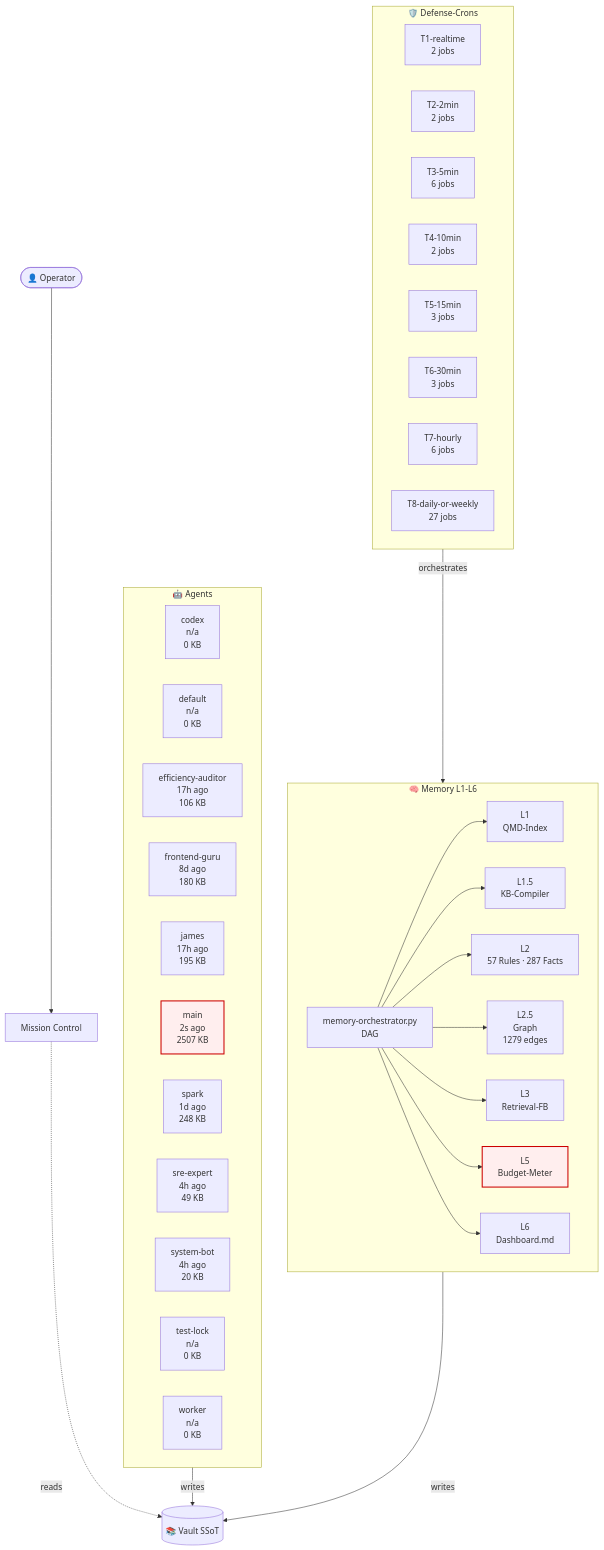
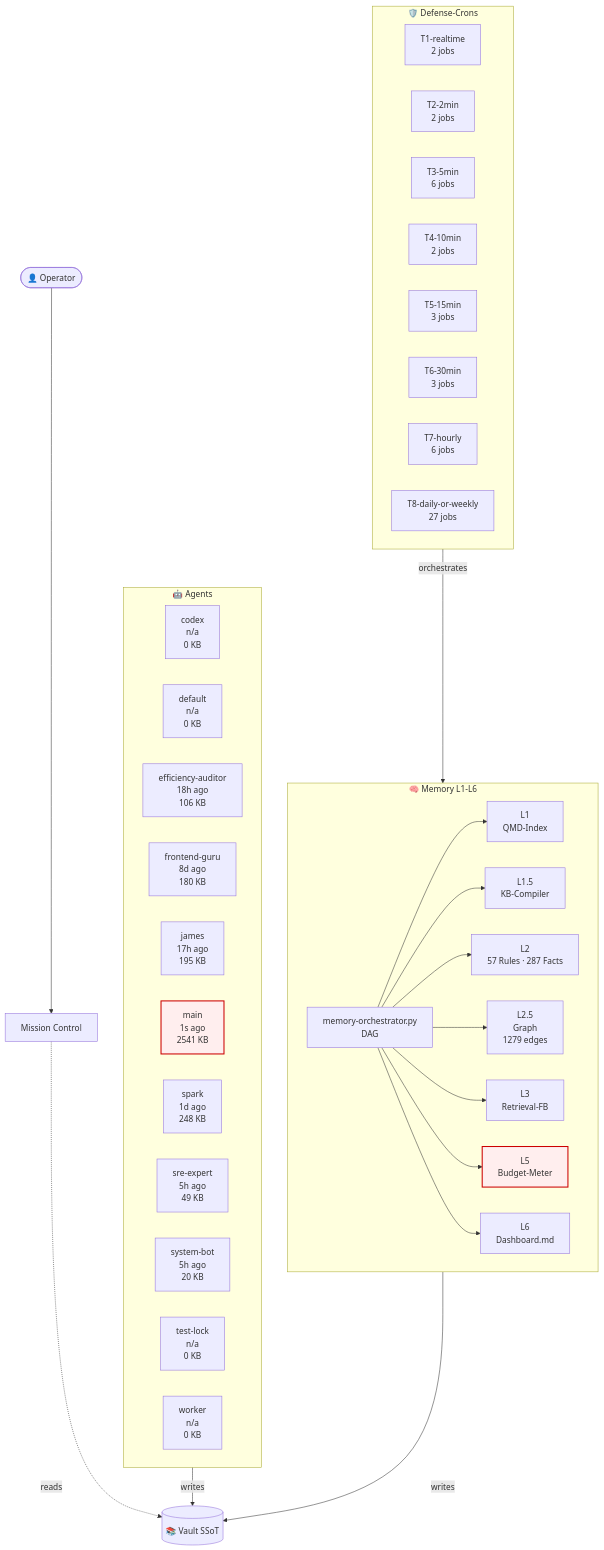
The diagram in 03-Agents/architecture-live.md (lenardhuebner88-rgb/openclaw-memory), drawn with Mermaid before and after one commit. The commit also changed other lines of this file and 13 other files, not shown here.

````diff
--- a/03-Agents/architecture-live.md
+++ b/03-Agents/architecture-live.md
@@ -18,54 +18,54 @@
 ```mermaid
 flowchart TB
     classDef critical fill:#fee,stroke:#c00,stroke-width:2px;
     subgraph AGT["🤖 Agents"]
         agent_codex["codex<br/>n/a<br/>0 KB"]
         agent_default["default<br/>n/a<br/>0 KB"]
-        agent_efficiency_auditor["efficiency-auditor<br/>17h ago<br/>106 KB"]
+        agent_efficiency_auditor["efficiency-auditor<br/>18h ago<br/>106 KB"]
         agent_frontend_guru["frontend-guru<br/>8d ago<br/>180 KB"]
         agent_james["james<br/>17h ago<br/>195 KB"]
-        agent_main["main<br/>2s ago<br/>2507 KB"]
+        agent_main["main<br/>1s ago<br/>2541 KB"]
         agent_spark["spark<br/>1d ago<br/>248 KB"]
-        agent_sre_expert["sre-expert<br/>4h ago<br/>49 KB"]
-        agent_system_bot["system-bot<br/>4h ago<br/>20 KB"]
+        agent_sre_expert["sre-expert<br/>5h ago<br/>49 KB"]
+        agent_system_bot["system-bot<br/>5h ago<br/>20 KB"]
         agent_test_lock["test-lock<br/>n/a<br/>0 KB"]
         agent_worker["worker<br/>n/a<br/>0 KB"]
     end
     subgraph MEM["🧠 Memory L1-L6"]
         L1["L1<br/>QMD-Index"]
         L15["L1.5<br/>KB-Compiler"]
         L2["L2<br/>57 Rules · 287 Facts"]
         L25["L2.5<br/>Graph<br/>1279 edges"]
         L3["L3<br/>Retrieval-FB"]
         L5["L5<br/>Budget-Meter"]
         L6["L6<br/>Dashboard.md"]
         ORCH["memory-orchestrator.py<br/>DAG"]
     end
     subgraph CRN["🛡️ Defense-Crons"]
         tier_T1_realtime["T1-realtime<br/>2 jobs"]
         tier_T2_2min["T2-2min<br/>2 jobs"]
         tier_T3_5min["T3-5min<br/>6 jobs"]
         tier_T4_10min["T4-10min<br/>2 jobs"]
         tier_T5_15min["T5-15min<br/>3 jobs"]
         tier_T6_30min["T6-30min<br/>3 jobs"]
         tier_T7_hourly["T7-hourly<br/>6 jobs"]
         tier_T8_daily_or_weekly["T8-daily-or-weekly<br/>27 jobs"]
     end
     VAULT[("📚 Vault SSoT")]
     OP([👤 Operator])
     MC["Mission Control"]
     OP --> MC
     MC -.reads.-> VAULT
     AGT -->|writes| VAULT
     MEM -->|writes| VAULT
     ORCH --> L1
     ORCH --> L15
     ORCH --> L2
     ORCH --> L25
     ORCH --> L3
     ORCH --> L5
     ORCH --> L6
     CRN -->|orchestrates| MEM
     class L5 critical
     class agent_main critical
 ```
````
